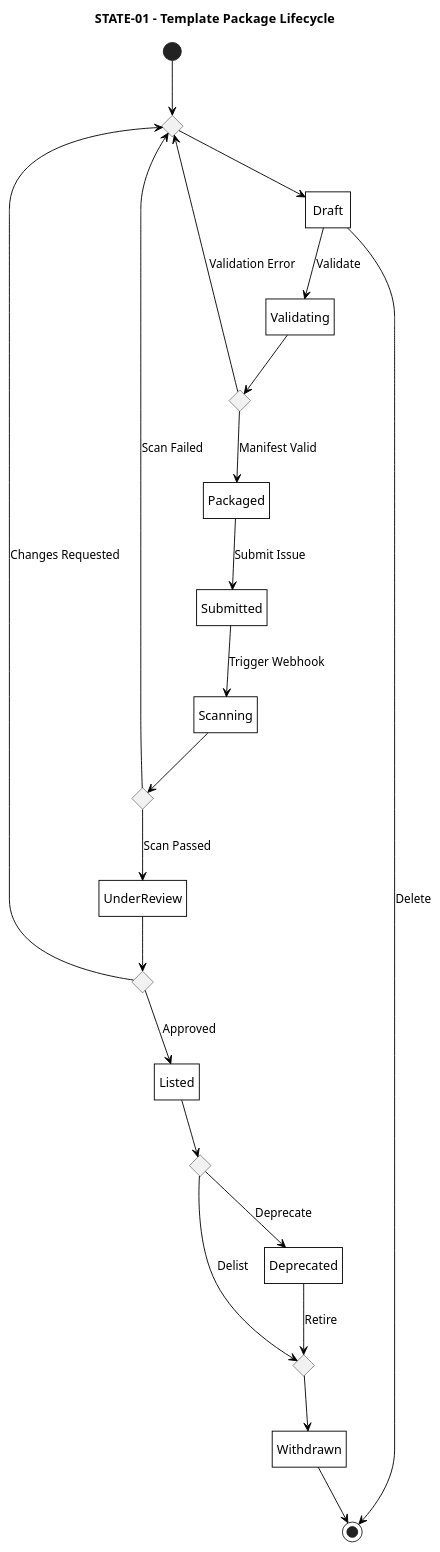
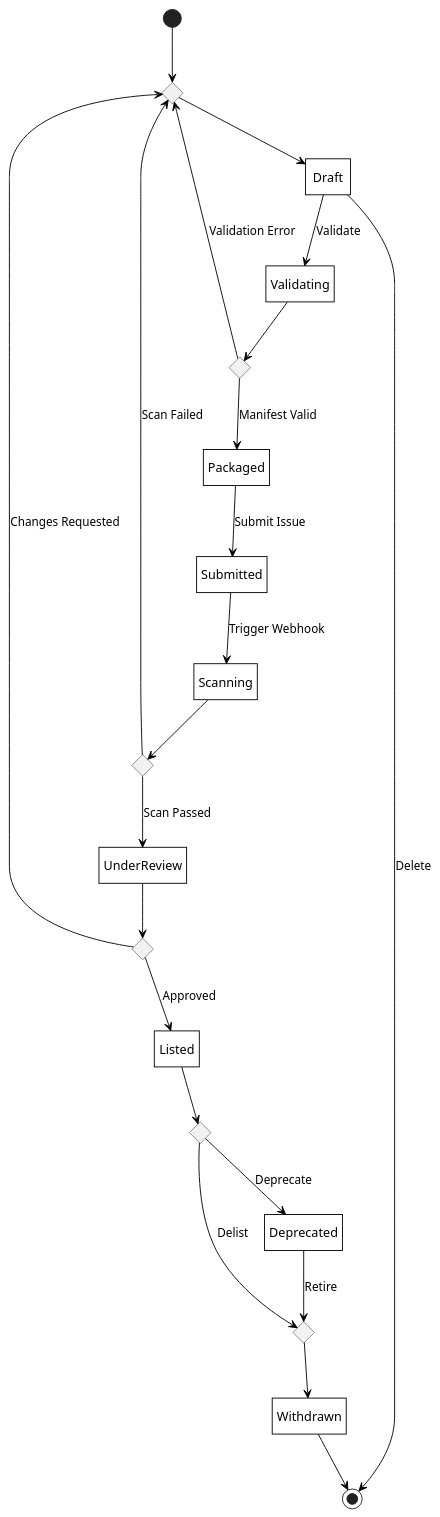
The diagram in diagrams/puml/state-machine/01-template-lifecycle.puml (Litho-MD/uet-fyp-docs), drawn with PlantUML before and after one commit. The commit also changed 111 other files, not shown here.

First line of the commit message:
Add TikZ support for UML diagrams and refine document structure

```diff
--- a/diagrams/puml/state-machine/01-template-lifecycle.puml
+++ b/diagrams/puml/state-machine/01-template-lifecycle.puml
@@ -1,57 +1,55 @@
-@startuml STATE-01-template-lifecycle
-title STATE-01 - Template Package Lifecycle
-
+@startuml
 hide empty description
 
 skinparam monochrome true
 skinparam backgroundColor white
 skinparam shadowing false
 skinparam defaultTextAlignment center
 skinparam roundCorner 0
 skinparam ArrowColor black
 skinparam defaultFontColor black
 skinparam stateBorderThickness 1
 skinparam state {
     BackgroundColor white
     BorderColor black
     FontColor black
 }
 
 state c_draft_in <<choice>>
 
 [*] -down-> c_draft_in
 c_draft_in -down-> Draft
 
 Draft -down-> Validating : Validate
 
 state c_val <<choice>>
 Validating -down-> c_val
 c_val -left-> c_draft_in : Validation Error
 c_val -down-> Packaged : Manifest Valid
 
 Packaged -down-> Submitted : Submit Issue
 Submitted -down-> Scanning : Trigger Webhook
 
 state c_scan <<choice>>
 Scanning -down-> c_scan
 c_scan -left-> c_draft_in : Scan Failed
 c_scan -down-> UnderReview : Scan Passed
 
 state c_rev <<choice>>
 UnderReview -down-> c_rev
 c_rev -left-> c_draft_in : Changes Requested
 c_rev -down-> Listed : Approved
 
 state c_list <<choice>>
 state c_withdrawn_in <<choice>>
 
 Listed -down-> c_list
 c_list -down-> Deprecated : Deprecate
 c_list -right-> c_withdrawn_in : Delist
 
 Deprecated -down-> c_withdrawn_in : Retire
 c_withdrawn_in -down-> Withdrawn
 Withdrawn -down-> [*]
 Draft -right-> [*] : Delete
 
 @enduml
```
